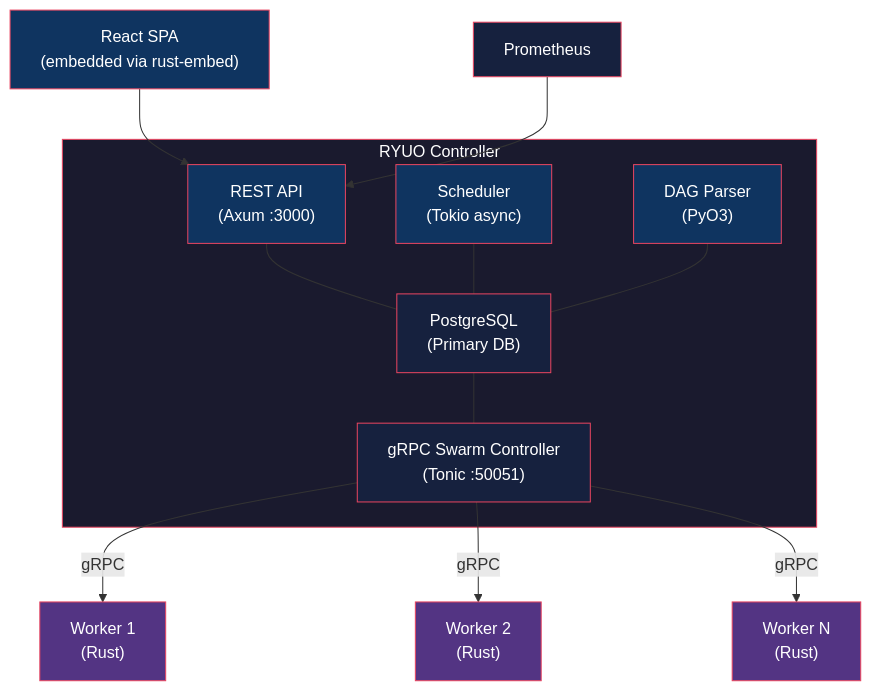
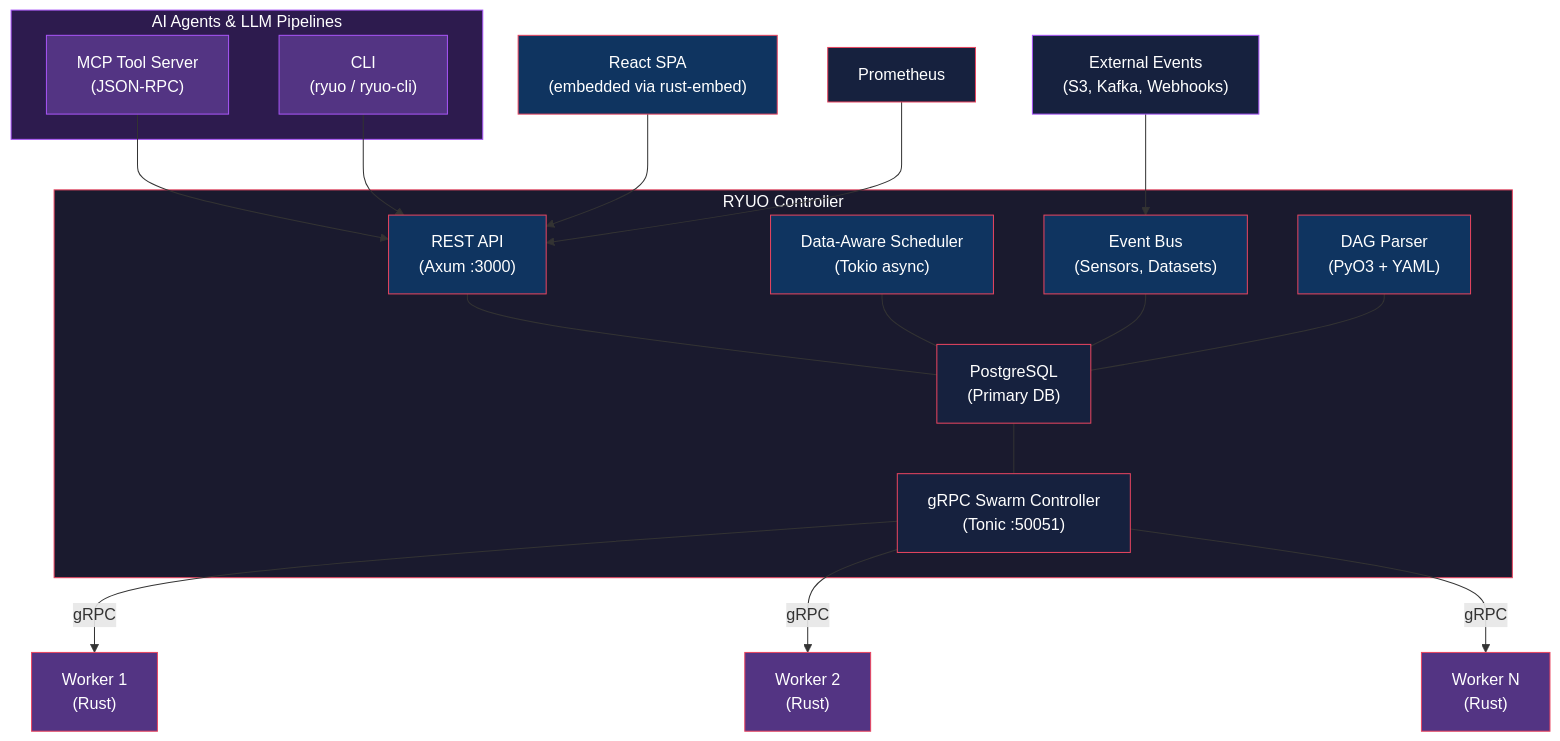
One commit to kiragawd/vortex changed the diagram in README.md. Above: the diagram before and after it, drawn with Mermaid. The commit also changed other lines of this file and 50 other files, not shown here.

````diff
--- a/README.md
+++ b/README.md
@@ -22,32 +28,47 @@
 ```mermaid
 graph TB
+    subgraph Agents["AI Agents & LLM Pipelines"]
+        MCP["MCP Tool Server<br/>(JSON-RPC)"]
+        CLI["CLI<br/>(ryuo / ryuo-cli)"]
+    end
+
     subgraph Controller["RYUO Controller"]
         API["REST API<br/>(Axum :3000)"]
-        SCHED["Scheduler<br/>(Tokio async)"]
-        PARSER["DAG Parser<br/>(PyO3)"]
+        SCHED["Data-Aware Scheduler<br/>(Tokio async)"]
+        EVENTS["Event Bus<br/>(Sensors, Datasets)"]
+        PARSER["DAG Parser<br/>(PyO3 + YAML)"]
         API --- DB
         SCHED --- DB
+        EVENTS --- DB
         PARSER --- DB
         DB["PostgreSQL<br/>(Primary DB)"]
         DB --- GRPC["gRPC Swarm Controller<br/>(Tonic :50051)"]
     end
 
+    MCP --> API
+    CLI --> API
     GRPC -- "gRPC" --> W1["Worker 1<br/>(Rust)"]
     GRPC -- "gRPC" --> W2["Worker 2<br/>(Rust)"]
     GRPC -- "gRPC" --> WN["Worker N<br/>(Rust)"]
 
     UI["React SPA<br/>(embedded via rust-embed)"] --> API
     PROM["Prometheus"] --> API
+    EXT["External Events<br/>(S3, Kafka, Webhooks)"] --> EVENTS
 
+    style Agents fill:#2d1b4e,stroke:#a855f7,color:#fff
+    style MCP fill:#533483,stroke:#a855f7,color:#fff
+    style CLI fill:#533483,stroke:#a855f7,color:#fff
     style Controller fill:#1a1a2e,stroke:#e94560,color:#fff
     style API fill:#0f3460,stroke:#e94560,color:#fff
     style SCHED fill:#0f3460,stroke:#e94560,color:#fff
+    style EVENTS fill:#0f3460,stroke:#e94560,color:#fff
     style PARSER fill:#0f3460,stroke:#e94560,color:#fff
     style DB fill:#16213e,stroke:#e94560,color:#fff
     style GRPC fill:#16213e,stroke:#e94560,color:#fff
     style W1 fill:#533483,stroke:#e94560,color:#fff
     style W2 fill:#533483,stroke:#e94560,color:#fff
     style WN fill:#533483,stroke:#e94560,color:#fff
     style UI fill:#0f3460,stroke:#e94560,color:#fff
     style PROM fill:#16213e,stroke:#e94560,color:#fff
+    style EXT fill:#16213e,stroke:#a855f7,color:#fff
 ```
````
